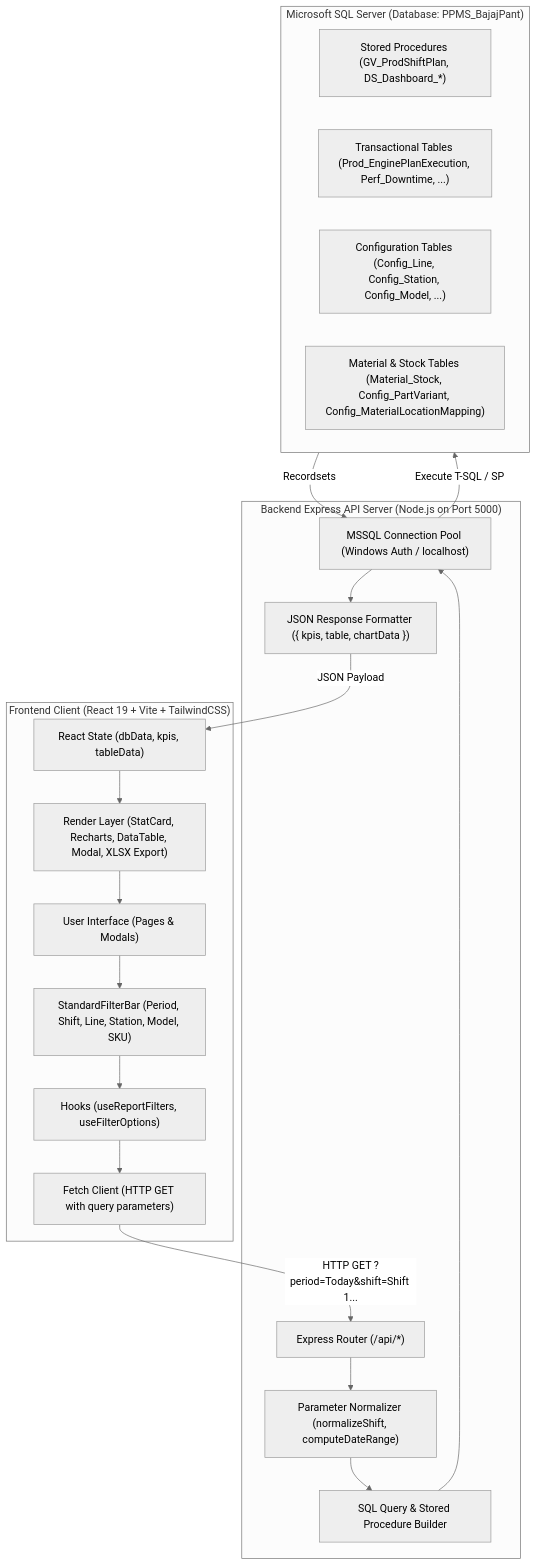
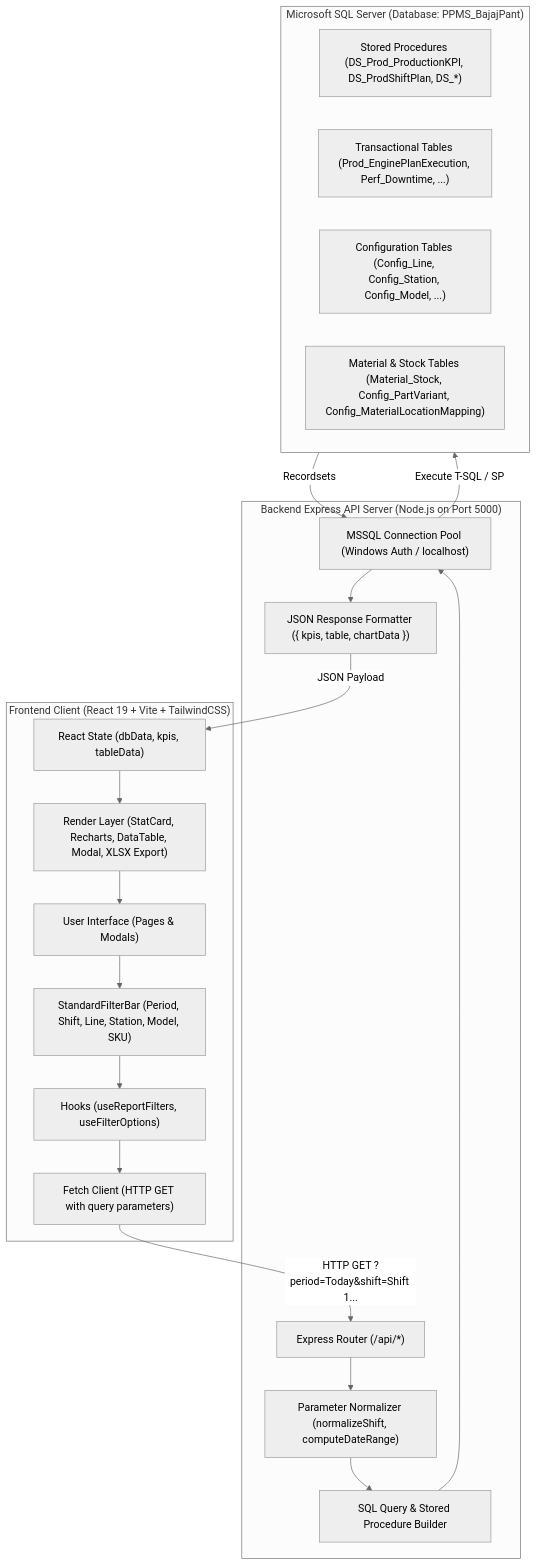
One commit to Saksham1244/BajajDashboard changed the first of 10 diagrams in docs/DATA_LINEAGE_AND_TABLE_MAPPING.md. Above: the diagram before and after it, drawn with Mermaid (neutral theme). The commit also changed other lines of this file and 69 other files, not shown here.

Commit message:
feat(sp): standardize dashboard stored procedures to DS_ prefix and update 6-sheet Excel catalog

````diff
--- a/docs/DATA_LINEAGE_AND_TABLE_MAPPING.md
+++ b/docs/DATA_LINEAGE_AND_TABLE_MAPPING.md
@@ -11,40 +11,40 @@
 ```mermaid
 flowchart TD
     subgraph Client["Frontend Client (React 19 + Vite + TailwindCSS)"]
         UI["User Interface (Pages & Modals)"]
         Filter["StandardFilterBar (Period, Shift, Line, Station, Model, SKU)"]
         Hooks["Hooks (useReportFilters, useFilterOptions)"]
         Fetch["Fetch Client (HTTP GET with query parameters)"]
         State["React State (dbData, kpis, tableData)"]
         Render["Render Layer (StatCard, Recharts, DataTable, Modal, XLSX Export)"]
     end
 
     subgraph Server["Backend Express API Server (Node.js on Port 5000)"]
         Router["Express Router (/api/*)"]
         ParamParser["Parameter Normalizer (normalizeShift, computeDateRange)"]
         QueryBuilder["SQL Query & Stored Procedure Builder"]
         DBPool["MSSQL Connection Pool (Windows Auth / localhost)"]
         JSONRes["JSON Response Formatter ({ kpis, table, chartData })"]
     end
 
     subgraph Database["Microsoft SQL Server (Database: PPMS_BajajPant)"]
-        SP["Stored Procedures (GV_ProdShiftPlan, DS_Dashboard_*)"]
+        SP["Stored Procedures (DS_Prod_ProductionKPI, DS_ProdShiftPlan, DS_*)"]
         TransTables["Transactional Tables (Prod_EnginePlanExecution, Perf_Downtime, ...)"]
         ConfigTables["Configuration Tables (Config_Line, Config_Station, Config_Model, ...)"]
         MasterTables["Material & Stock Tables (Material_Stock, Config_PartVariant, Config_MaterialLocationMapping)"]
     end
 
     UI --> Filter
     Filter --> Hooks
     Hooks --> Fetch
     Fetch -->|HTTP GET ?period=Today&shift=Shift 1...| Router
     Router --> ParamParser
     ParamParser --> QueryBuilder
     QueryBuilder --> DBPool
     DBPool -->|Execute T-SQL / SP| Database
     Database -->|Recordsets| DBPool
     DBPool --> JSONRes
     JSONRes -->|JSON Payload| State
     State --> Render
     Render --> UI
 ```
````
